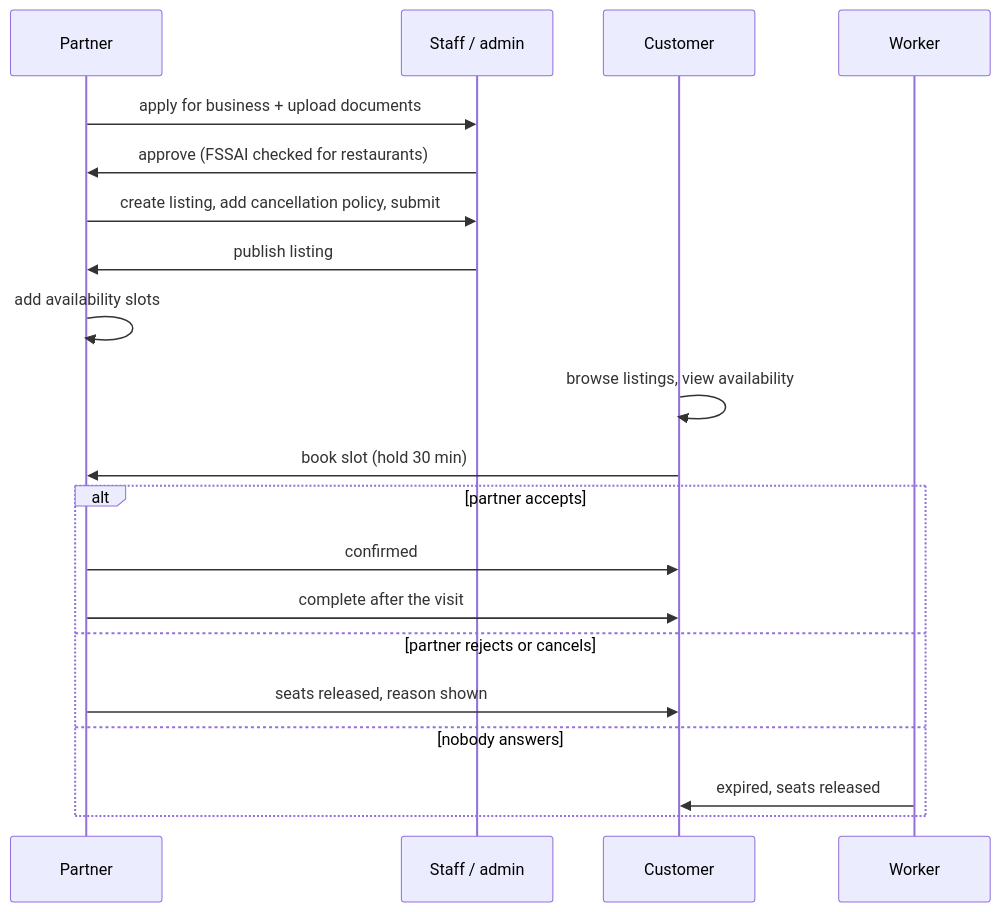
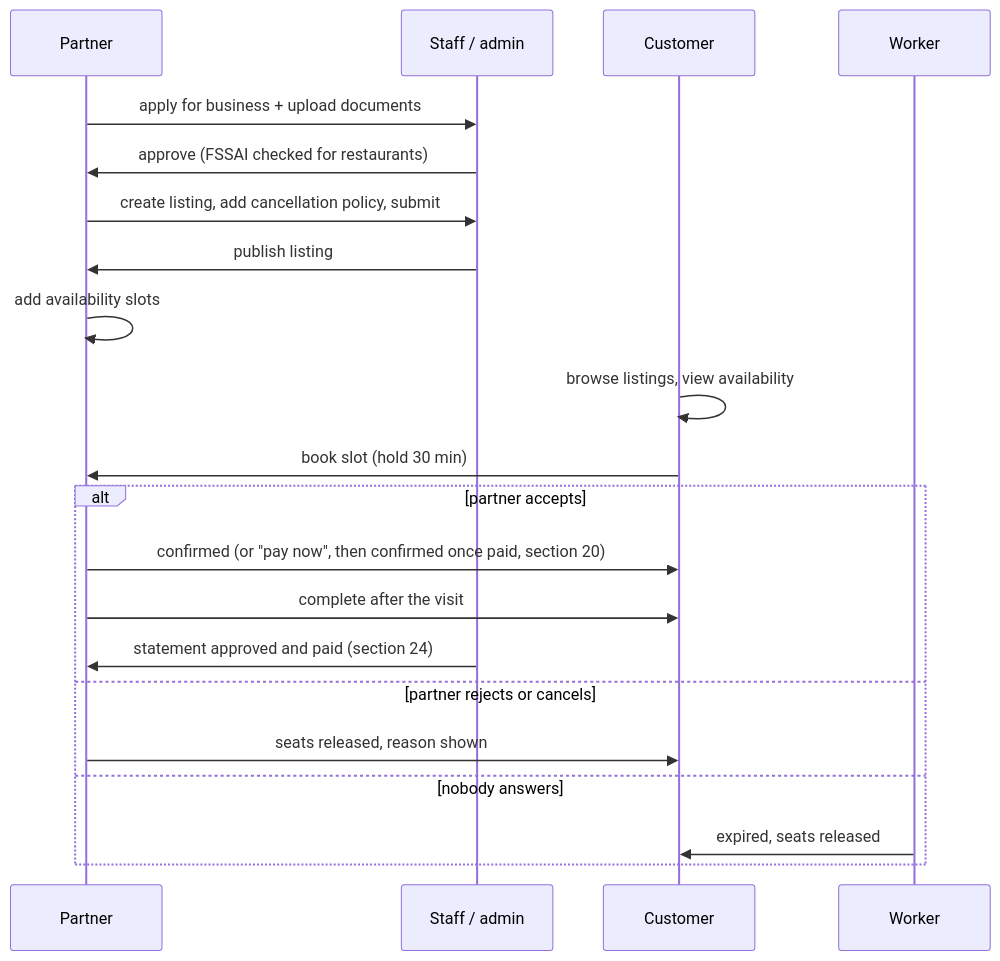
Diagram 11 of 14 in docs/workflows.md (Ranjith1926/OnePondy), drawn with Mermaid before and after one commit. The commit also changed other lines of this file and 6 other files, not shown here.

First line of the commit message:
Phase 7.10: bring the architecture, database and workflow docs up to date

````diff
--- a/docs/workflows.md
+++ b/docs/workflows.md
@@ -598,22 +621,23 @@
 ```mermaid
 sequenceDiagram
     participant P as Partner
     participant S as Staff / admin
     participant C as Customer
     participant W as Worker
     P->>S: apply for business + upload documents
     S->>P: approve (FSSAI checked for restaurants)
     P->>S: create listing, add cancellation policy, submit
     S->>P: publish listing
     P->>P: add availability slots
     C->>C: browse listings, view availability
     C->>P: book slot (hold 30 min)
     alt partner accepts
-        P->>C: confirmed
+        P->>C: confirmed (or "pay now", then confirmed once paid, section 20)
         P->>C: complete after the visit
+        S->>P: statement approved and paid (section 24)
     else partner rejects or cancels
         P->>C: seats released, reason shown
     else nobody answers
         W->>C: expired, seats released
     end
 ```
````
